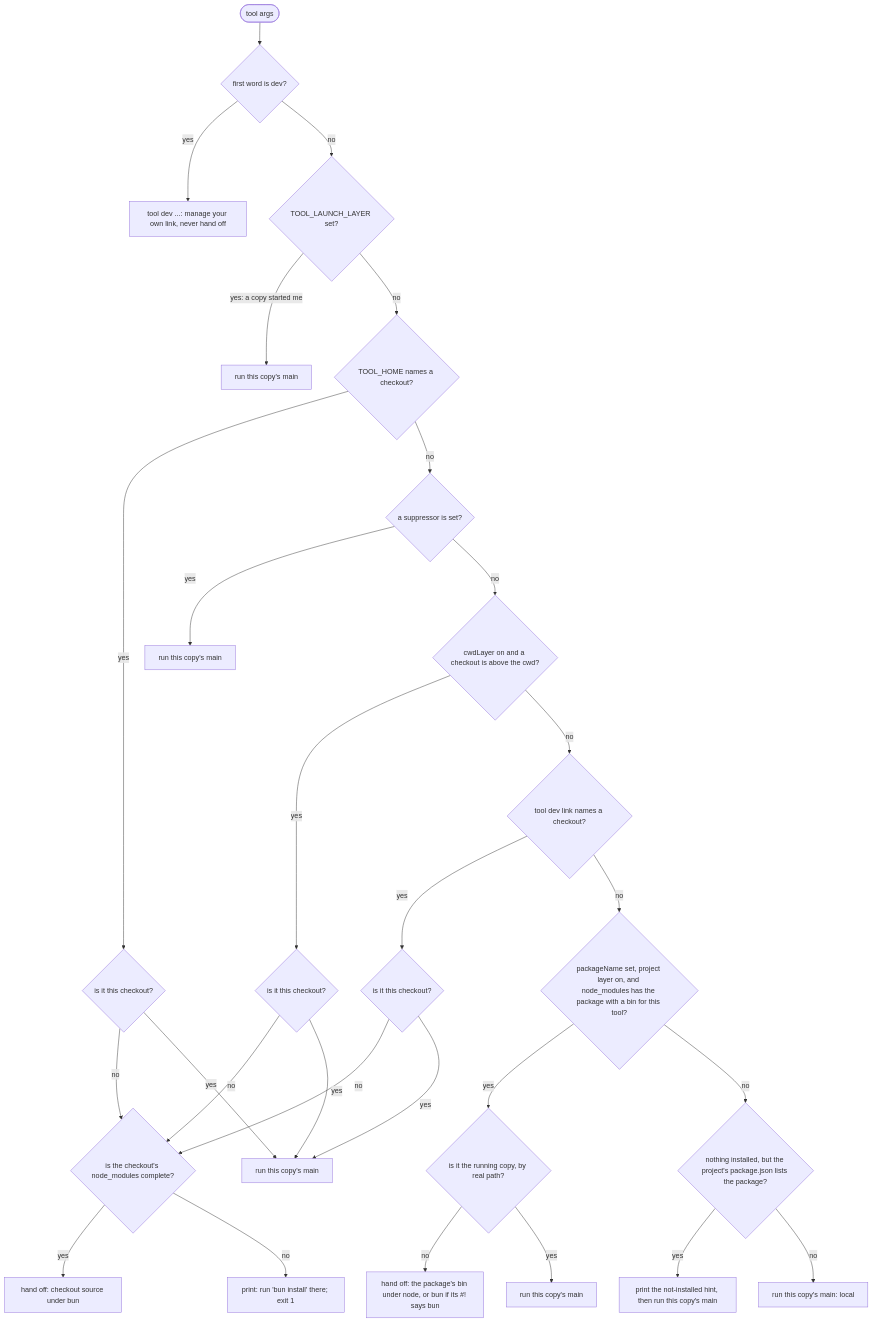
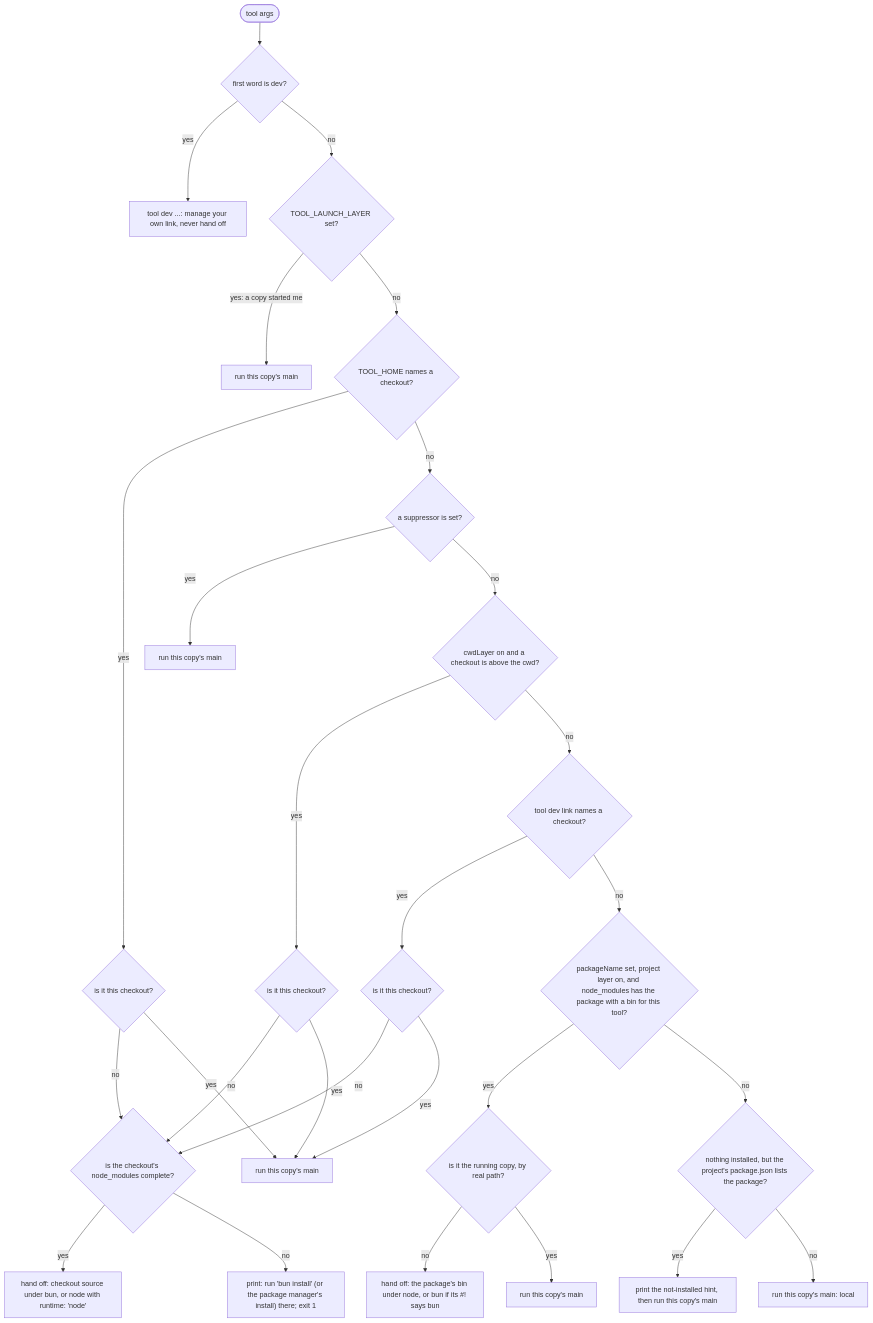
One commit to osdlc/osdlc changed the first of 2 diagrams in packages/ts/cli-tool/docs/guide/launch-order.md. Above: the diagram before and after it, drawn with Mermaid. The commit also changed other lines of this file and 14 other files, not shown here.

Commit message:
cli-tool: devlink runs a checkout under node with runtime: 'node'

````diff
--- a/packages/ts/cli-tool/docs/guide/launch-order.md
+++ b/packages/ts/cli-tool/docs/guide/launch-order.md
@@ -23,30 +23,30 @@
 ```mermaid
 flowchart TD
   start(["tool args"]) --> dev{"first word is dev?"}
   dev -- yes --> devcli["tool dev ...: manage your own link, never hand off"]
   dev -- no --> guard{"TOOL_LAUNCH_LAYER set?"}
   guard -- "yes: a copy started me" --> self1["run this copy's main"]
   guard -- no --> env{"TOOL_HOME names a checkout?"}
   env -- yes --> ownE{"is it this checkout?"}
   ownE -- no --> deps{"is the checkout's node_modules complete?"}
-  deps -- yes --> bun["hand off: checkout source under bun"]
-  deps -- no --> refuse["print: run 'bun install' there; exit 1"]
+  deps -- yes --> bun["hand off: checkout source under bun, or node with runtime: 'node'"]
+  deps -- no --> refuse["print: run 'bun install' (or the package manager's install) there; exit 1"]
   ownE -- yes --> self2["run this copy's main"]
   env -- no --> sup{"a suppressor is set?"}
   sup -- yes --> self3["run this copy's main"]
   sup -- no --> cwd{"cwdLayer on and a checkout is above the cwd?"}
   cwd -- yes --> ownC{"is it this checkout?"}
   ownC -- no --> deps
   ownC -- yes --> self2
   cwd -- no --> link{"tool dev link names a checkout?"}
   link -- yes --> ownL{"is it this checkout?"}
   ownL -- no --> deps
   ownL -- yes --> self2
   link -- no --> proj{"packageName set, project layer on, and node_modules has the package with a bin for this tool?"}
   proj -- yes --> ownP{"is it the running copy, by real path?"}
   ownP -- no --> node["hand off: the package's bin under node, or bun if its #! says bun"]
   ownP -- yes --> self4["run this copy's main"]
   proj -- no --> decl{"nothing installed, but the project's package.json lists the package?"}
   decl -- yes --> hint["print the not-installed hint, then run this copy's main"]
   decl -- no --> self5["run this copy's main: local"]
 ```
````
